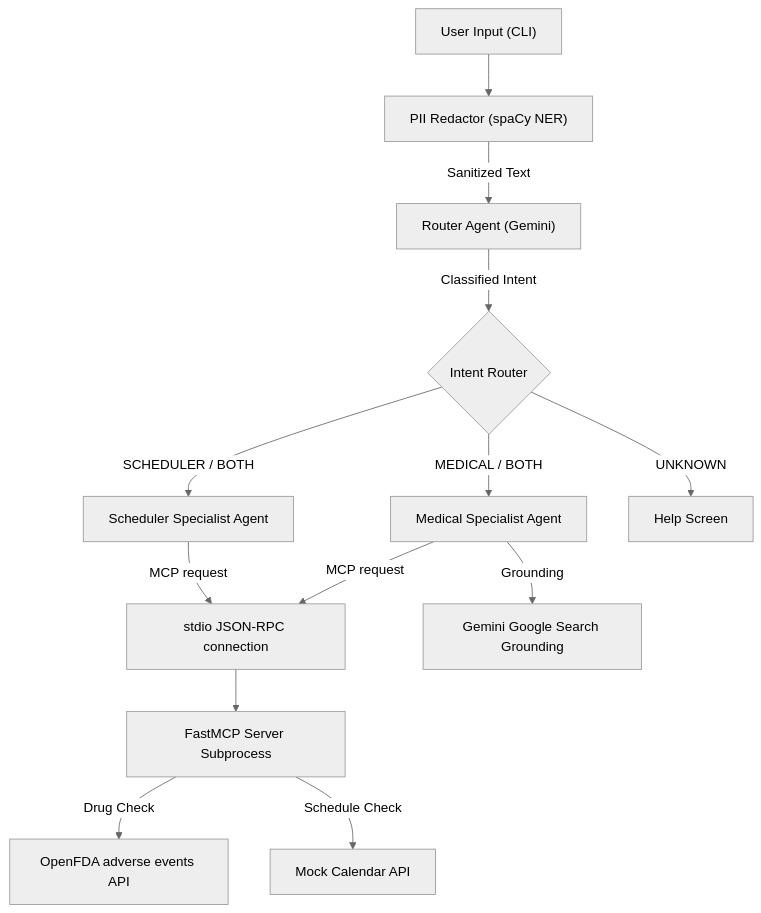
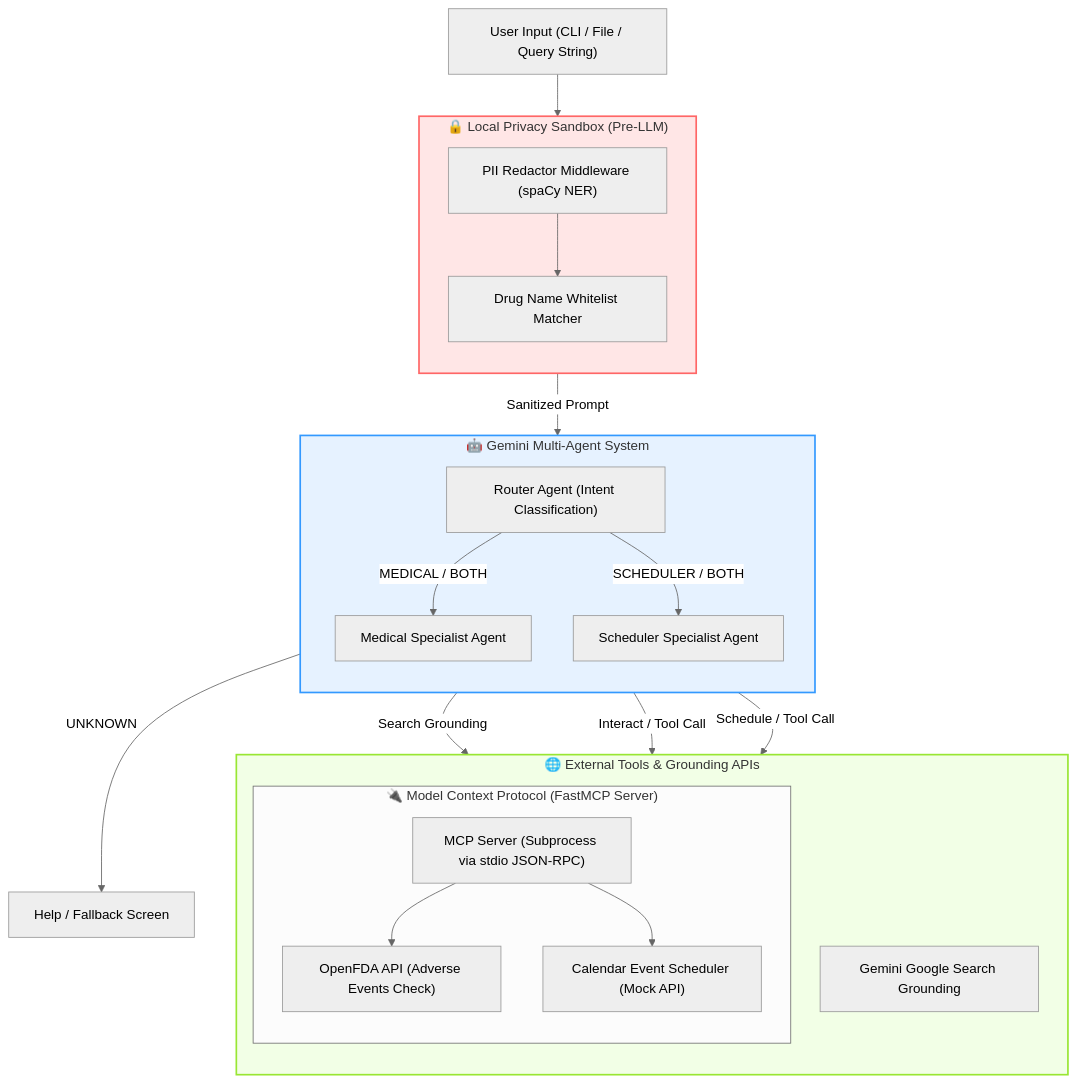
The diagram in README.md (deveshpunjabi/MedBridge-AI), drawn with Mermaid (neutral theme) before and after one commit. The commit also changed other lines of this file, not shown here.

Commit message:
Recreate README.md with comprehensive architecture, security sandbox, rubric mapping, and verification logs

````diff
--- a/README.md
+++ b/README.md
@@ -28,15 +28,51 @@
 ```mermaid
 graph TD
-    A["User Input (CLI)"] --> B["PII Redactor (spaCy NER)"]
-    B -->|Sanitized Text| C["Router Agent (Gemini)"]
-    C -->|Classified Intent| D{"Intent Router"}
-    D -->|MEDICAL / BOTH| E["Medical Specialist Agent"]
-    D -->|SCHEDULER / BOTH| F["Scheduler Specialist Agent"]
-    D -->|UNKNOWN| G["Help Screen"]
-    E -->|MCP request| H["stdio JSON-RPC connection"]
-    F -->|MCP request| H
-    H --> I["FastMCP Server Subprocess"]
-    I -->|Drug Check| J["OpenFDA adverse events API"]
-    I -->|Schedule Check| K["Mock Calendar API"]
-    E -->|Grounding| L["Gemini Google Search Grounding"]
+    %% User input entry point
+    Input["User Input (CLI / File / Query String)"]
+    
+    %% Security & Redaction Pipeline
+    subgraph Privacy_Boundary ["🔒 Local Privacy Sandbox (Pre-LLM)"]
+        direction TB
+        Redactor["PII Redactor Middleware (spaCy NER)"]
+        Whitelist["Drug Name Whitelist Matcher"]
+        Redactor --> Whitelist
+    end
+    
+    %% Multi-Agent Router & Execution
+    subgraph Multi_Agent_Orchestrator ["🤖 Gemini Multi-Agent System"]
+        direction TB
+        Router["Router Agent (Intent Classification)"]
+        MedicalAgent["Medical Specialist Agent"]
+        SchedulerAgent["Scheduler Specialist Agent"]
+    end
+    
+    %% Tools & Grounding APIs
+    subgraph External_Services ["🌐 External Tools & Grounding APIs"]
+        direction TB
+        SearchGrounding["Gemini Google Search Grounding"]
+        subgraph MCP_Environment ["🔌 Model Context Protocol (FastMCP Server)"]
+            MCPSubprocess["MCP Server (Subprocess via stdio JSON-RPC)"]
+            OpenFDA["OpenFDA API (Adverse Events Check)"]
+            MockCalendar["Calendar Event Scheduler (Mock API)"]
+            MCPSubprocess --> OpenFDA
+            MCPSubprocess --> MockCalendar
+        end
+    end
+    
+    %% Flow Connections
+    Input --> Privacy_Boundary
+    Privacy_Boundary -->|Sanitized Prompt| Router
+    
+    Router -->|MEDICAL / BOTH| MedicalAgent
+    Router -->|SCHEDULER / BOTH| SchedulerAgent
+    Router -->|UNKNOWN| HelpScreen["Help / Fallback Screen"]
+    
+    MedicalAgent -->|Search Grounding| SearchGrounding
+    MedicalAgent -->|Interact / Tool Call| MCPSubprocess
+    SchedulerAgent -->|Schedule / Tool Call| MCPSubprocess
+    
+    %% Styling
+    style Privacy_Boundary fill:#ffe6e6,stroke:#ff6666,stroke-width:2px;
+    style Multi_Agent_Orchestrator fill:#e6f2ff,stroke:#3399ff,stroke-width:2px;
+    style External_Services fill:#f2ffe6,stroke:#99e633,stroke-width:2px;
 ```
````
